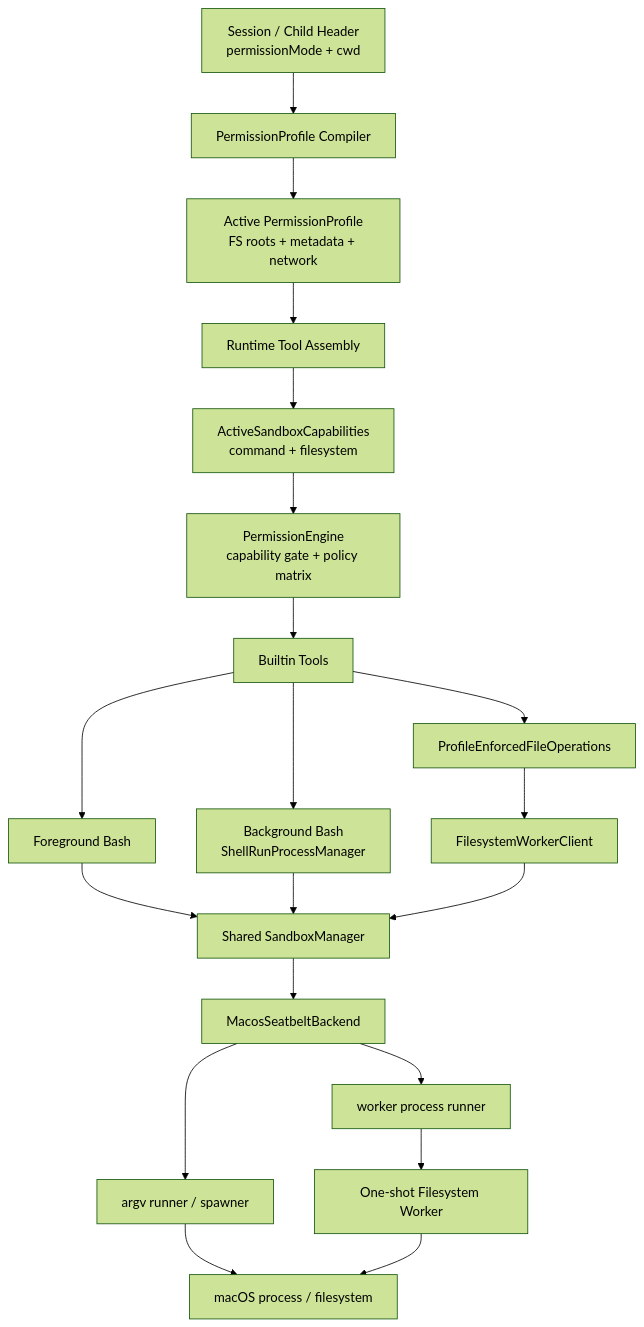
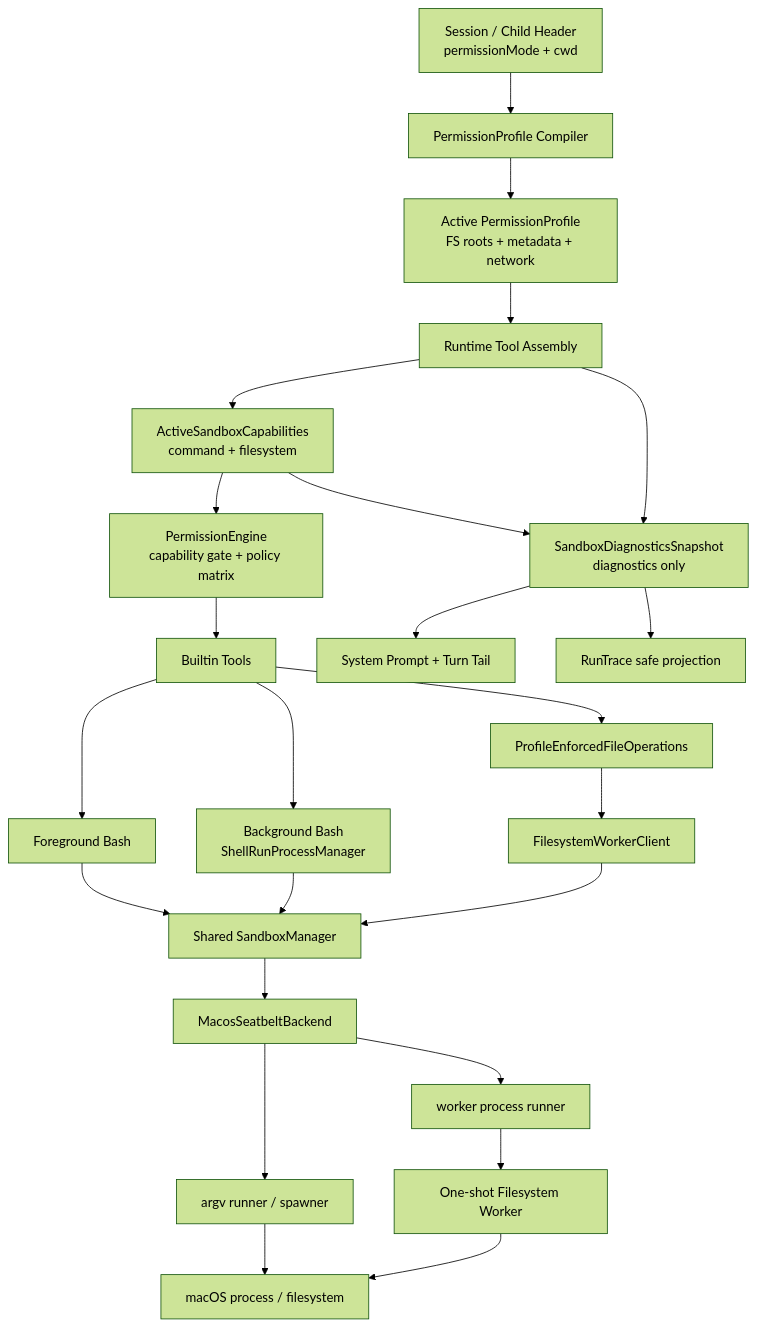
One commit to maka-agent/maka-agent changed the diagram in docs/sandbox/agent-runtime-codex-sandbox-status.md. Above: the diagram before and after it, drawn with Mermaid (forest theme). The commit also changed other lines of this file and 2 other files, not shown here.

Commit message:
docs(sandbox): mark phase 9 diagnostics complete

````diff
--- a/docs/sandbox/agent-runtime-codex-sandbox-status.md
+++ b/docs/sandbox/agent-runtime-codex-sandbox-status.md
@@ -196,39 +212,46 @@
 ```mermaid
 graph TD
   Header[Session / Child Header<br/>permissionMode + cwd]
   Compiler[PermissionProfile Compiler]
   Profile[Active PermissionProfile<br/>FS roots + metadata + network]
   Assembly[Runtime Tool Assembly]
   Capability[ActiveSandboxCapabilities<br/>command + filesystem]
+  Diagnostics[SandboxDiagnosticsSnapshot<br/>diagnostics only]
   Policy[PermissionEngine<br/>capability gate + policy matrix]
   Tools[Builtin Tools]
+  Model[System Prompt + Turn Tail]
+  Trace[RunTrace safe projection]
 
   Foreground[Foreground Bash]
   Background[Background Bash<br/>ShellRunProcessManager]
   FilePrecheck[ProfileEnforcedFileOperations]
   WorkerClient[FilesystemWorkerClient]
   Worker[One-shot Filesystem Worker]
 
   Manager[Shared SandboxManager]
   Seatbelt[MacosSeatbeltBackend]
   CommandRunner[argv runner / spawner]
   WorkerRunner[worker process runner]
   Host[macOS process / filesystem]
 
   Header --> Compiler --> Profile
   Profile --> Assembly
   Assembly --> Capability --> Policy --> Tools
+  Assembly --> Diagnostics
+  Capability --> Diagnostics
+  Diagnostics --> Model
+  Diagnostics --> Trace
 
   Tools --> Foreground
   Tools --> Background
   Tools --> FilePrecheck
 
   Foreground --> Manager
   Background --> Manager
   FilePrecheck --> WorkerClient
   WorkerClient --> Manager
 
   Manager --> Seatbelt
   Seatbelt --> CommandRunner --> Host
   Seatbelt --> WorkerRunner --> Worker --> Host
 ```
````
